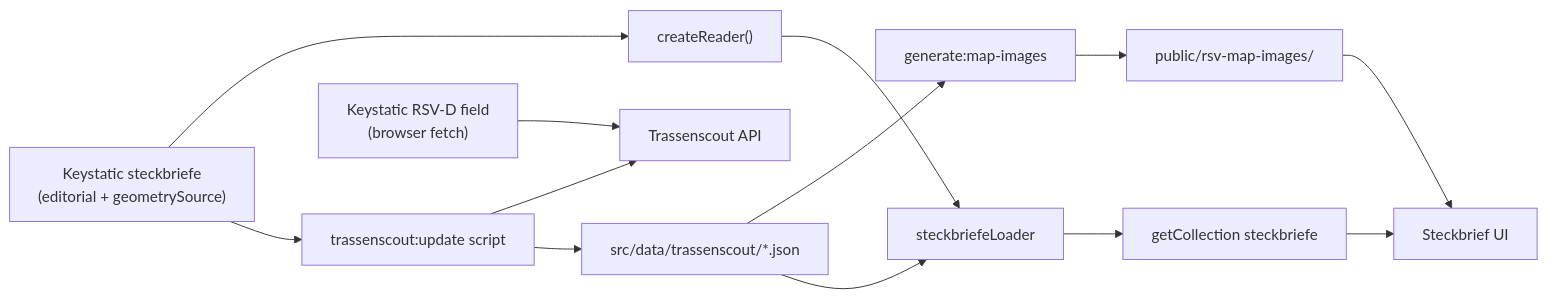
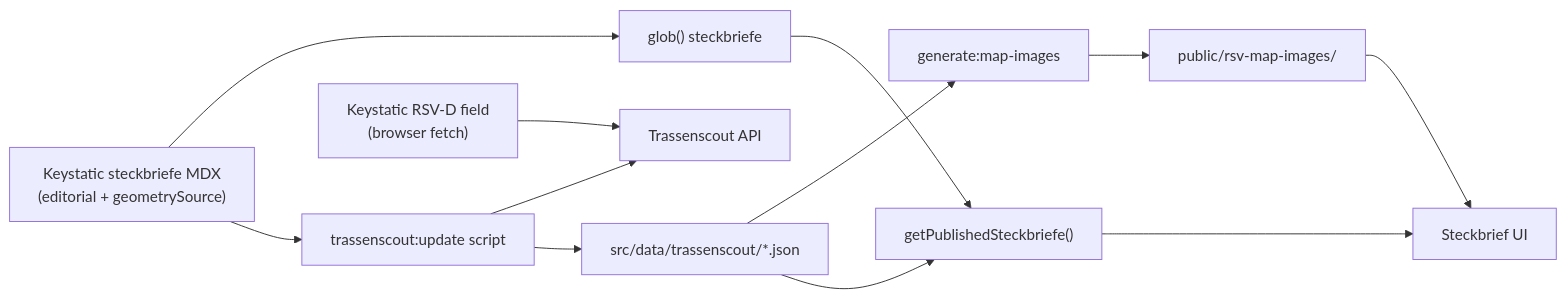
The diagram in docs/DATA.md (FixMyBerlin/rsv-info), drawn with Mermaid before and after one commit. The commit also changed other lines of this file and 12 other files, not shown here.

First line of the commit message:
Steckbriefe: render Keystatic Kurzfassung on the site

````diff
--- a/docs/DATA.md
+++ b/docs/DATA.md
@@ -7,24 +7,23 @@
 ```mermaid
 flowchart LR
-  ksYaml["Keystatic steckbriefe\n(editorial + geometrySource)"]
-  reader["createReader()"]
+  ksYaml["Keystatic steckbriefe MDX\n(editorial + geometrySource)"]
+  globMdx["glob() steckbriefe"]
   updateScript["trassenscout:update script"]
   tsApi["Trassenscout API"]
-  cache["src/data/trassenscout/*.json"]
+  json["src/data/trassenscout/*.json"]
   mapScript["generate:map-images"]
   pngs["public/rsv-map-images/"]
-  loader["steckbriefeLoader"]
-  collection["getCollection steckbriefe"]
+  join["getPublishedSteckbriefe()"]
   ui[Steckbrief UI]
   keystaticField["Keystatic RSV-D field\n(browser fetch)"]
 
-  ksYaml --> reader --> loader
+  ksYaml --> globMdx --> join
   ksYaml --> updateScript
   updateScript --> tsApi
-  updateScript --> cache
-  cache --> mapScript --> pngs
-  cache --> loader
+  updateScript --> json
+  json --> mapScript --> pngs
+  json --> join
   pngs --> ui
-  loader --> collection --> ui
+  join --> ui
   keystaticField --> tsApi
 ```
````
